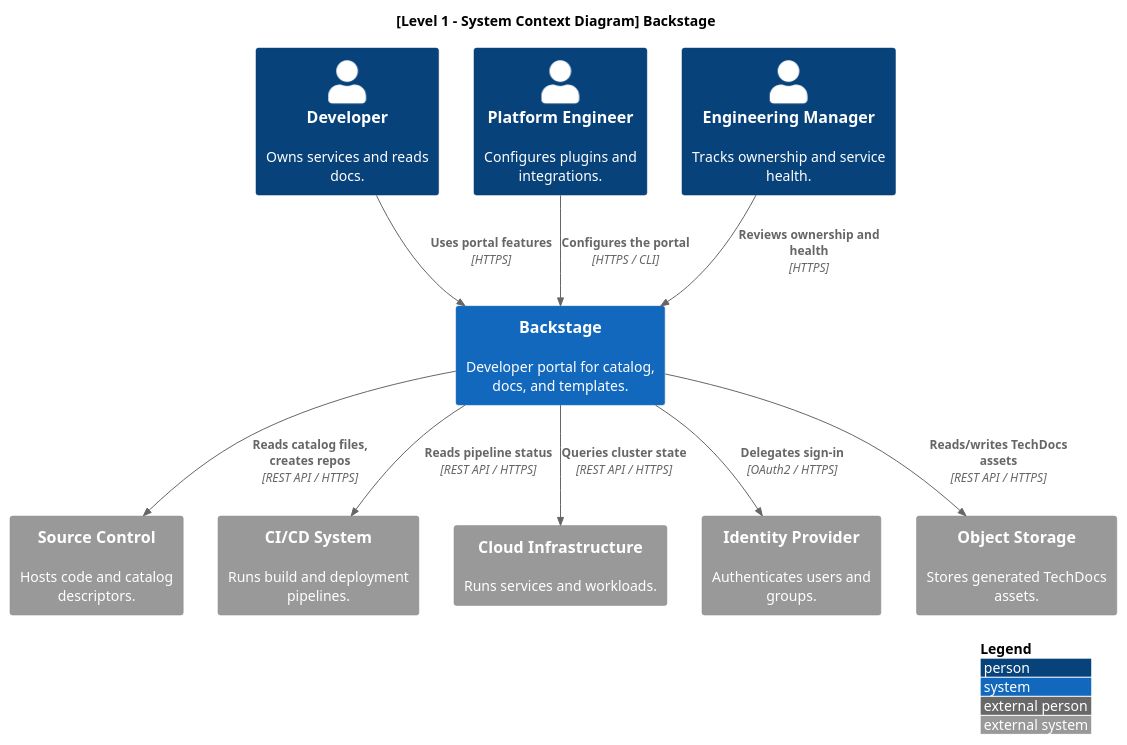
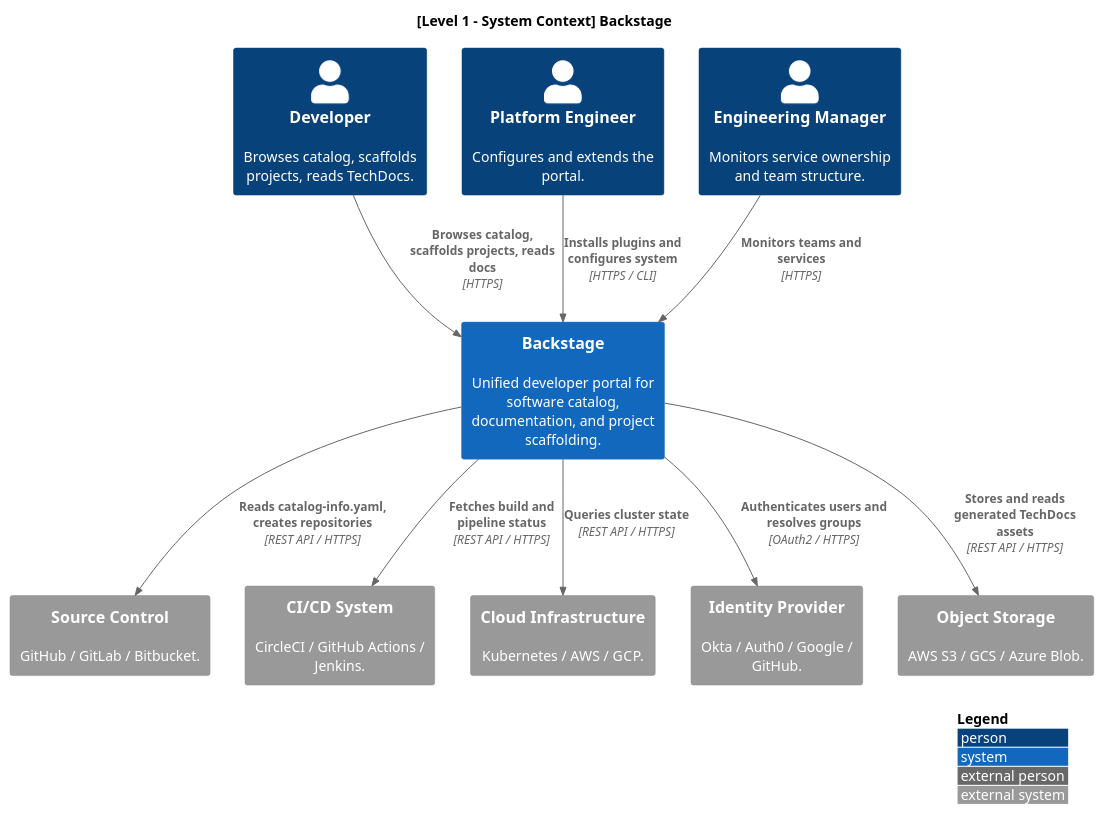
Before and after one commit to Group06-SwDA/Project: the diagram in notes/architecture/diagrams/context-diagram.puml, drawn with PlantUML. The commit also changed 9 other files, not shown here.

Commit message:
feat:finalized report and diagrams

```diff
--- a/notes/architecture/diagrams/context-diagram.puml
+++ b/notes/architecture/diagrams/context-diagram.puml
@@ -1,27 +1,27 @@
 @startuml
 !include <c4/C4_Context.puml>
 LAYOUT_WITH_LEGEND()
-title [Level 1 - System Context Diagram] Backstage
+title [Level 1 - System Context] Backstage
 
-Person(developer, "Developer", "Owns services and reads docs.")
-Person(platform_eng, "Platform Engineer", "Configures plugins and integrations.")
-Person(eng_manager, "Engineering Manager", "Tracks ownership and service health.")
+Person(developer, "Developer", "Browses catalog, scaffolds projects, reads TechDocs.")
+Person(platform_eng, "Platform Engineer", "Configures and extends the portal.")
+Person(eng_manager, "Engineering Manager", "Monitors service ownership and team structure.")
 
-System(backstage, "Backstage", "Developer portal for catalog, docs, and templates.")
+System(backstage, "Backstage", "Unified developer portal for software catalog, documentation, and project scaffolding.")
 
-System_Ext(source_control, "Source Control", "Hosts code and catalog descriptors.")
-System_Ext(cicd, "CI/CD System", "Runs build and deployment pipelines.")
-System_Ext(cloud_infra, "Cloud Infrastructure", "Runs services and workloads.")
-System_Ext(idp, "Identity Provider", "Authenticates users and groups.")
-System_Ext(object_storage, "Object Storage", "Stores generated TechDocs assets.")
+System_Ext(source_control, "Source Control", "GitHub / GitLab / Bitbucket.")
+System_Ext(cicd, "CI/CD System", "CircleCI / GitHub Actions / Jenkins.")
+System_Ext(cloud_infra, "Cloud Infrastructure", "Kubernetes / AWS / GCP.")
+System_Ext(idp, "Identity Provider", "Okta / Auth0 / Google / GitHub.")
+System_Ext(object_storage, "Object Storage", "AWS S3 / GCS / Azure Blob.")
 
-Rel(developer, backstage, "Uses portal features", "HTTPS")
-Rel(platform_eng, backstage, "Configures the portal", "HTTPS / CLI")
-Rel(eng_manager, backstage, "Reviews ownership and health", "HTTPS")
+Rel(developer, backstage, "Browses catalog, scaffolds projects, reads docs", "HTTPS")
+Rel(platform_eng, backstage, "Installs plugins and configures system", "HTTPS / CLI")
+Rel(eng_manager, backstage, "Monitors teams and services", "HTTPS")
 
-Rel(backstage, source_control, "Reads catalog files, creates repos", "REST API / HTTPS")
-Rel(backstage, cicd, "Reads pipeline status", "REST API / HTTPS")
+Rel(backstage, source_control, "Reads catalog-info.yaml, creates repositories", "REST API / HTTPS")
+Rel(backstage, cicd, "Fetches build and pipeline status", "REST API / HTTPS")
 Rel(backstage, cloud_infra, "Queries cluster state", "REST API / HTTPS")
-Rel(backstage, idp, "Delegates sign-in", "OAuth2 / HTTPS")
-Rel(backstage, object_storage, "Reads/writes TechDocs assets", "REST API / HTTPS")
+Rel(backstage, idp, "Authenticates users and resolves groups", "OAuth2 / HTTPS")
+Rel(backstage, object_storage, "Stores and reads generated TechDocs assets", "REST API / HTTPS")
 @enduml
```
